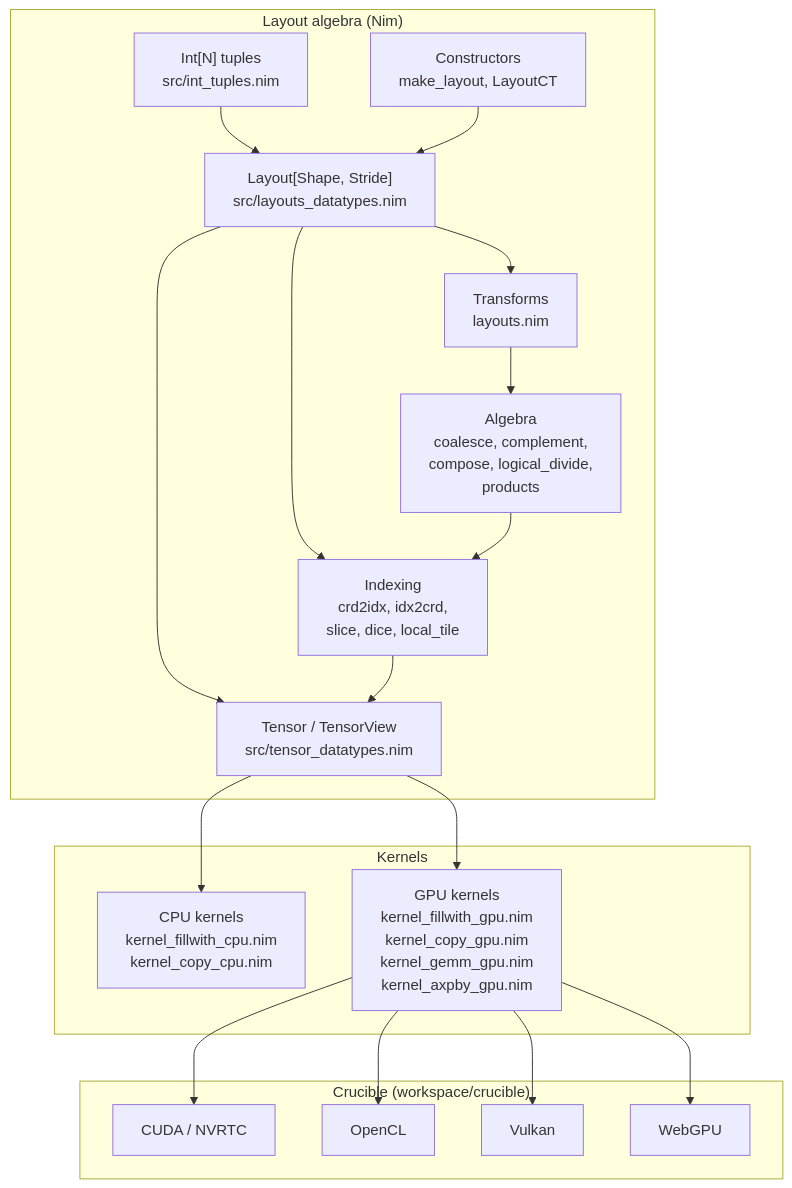
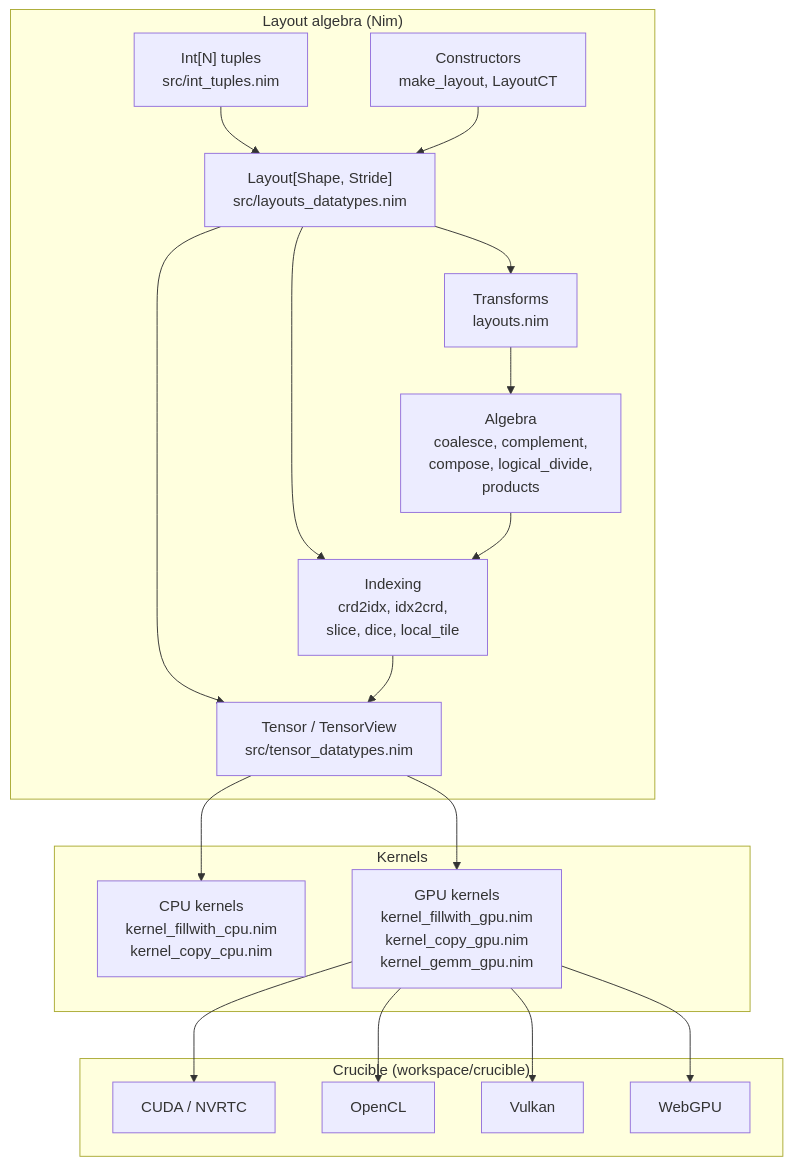
The diagram in workspace/ceramic/ARCHITECTURE.md (mratsim/tattletale), drawn with Mermaid before and after one commit. The commit also changed other lines of this file and 42 other files, not shown here.

````diff
--- a/workspace/ceramic/ARCHITECTURE.md
+++ b/workspace/ceramic/ARCHITECTURE.md
@@ -18,39 +18,39 @@
 ```mermaid
 flowchart TB
   subgraph Core["Layout algebra (Nim)"]
     T["Int[N] tuples<br/>src/int_tuples.nim"]
     L["Layout[Shape, Stride]<br/>src/layouts_datatypes.nim"]
     C["Constructors<br/>make_layout, LayoutCT"]
     X["Transforms<br/>layouts.nim"]
     A["Algebra<br/>coalesce, complement,<br/>compose, logical_divide,<br/>products"]
     TV["Tensor / TensorView<br/>src/tensor_datatypes.nim"]
     IX["Indexing<br/>crd2idx, idx2crd,<br/>slice, dice, local_tile"]
     T --> L
     C --> L
     L --> X --> A
     L --> IX
     A --> IX
     L --> TV
     IX --> TV
   end
 
   subgraph Kernels
     CPU["CPU kernels<br/>kernel_fillwith_cpu.nim<br/>kernel_copy_cpu.nim"]
-    GPU["GPU kernels<br/>kernel_fillwith_gpu.nim<br/>kernel_copy_gpu.nim<br/>kernel_gemm_gpu.nim<br/>kernel_axpby_gpu.nim"]
+    GPU["GPU kernels<br/>kernel_fillwith_gpu.nim<br/>kernel_copy_gpu.nim<br/>kernel_gemm_gpu.nim"]
   end
 
   TV --> CPU
   TV --> GPU
 
   subgraph Codegen["Crucible (workspace/crucible)"]
     NVRTC["CUDA / NVRTC"]
     OCL["OpenCL"]
     VK["Vulkan"]
     WG["WebGPU"]
   end
 
   GPU --> NVRTC
   GPU --> OCL
   GPU --> VK
   GPU --> WG
 ```
````
